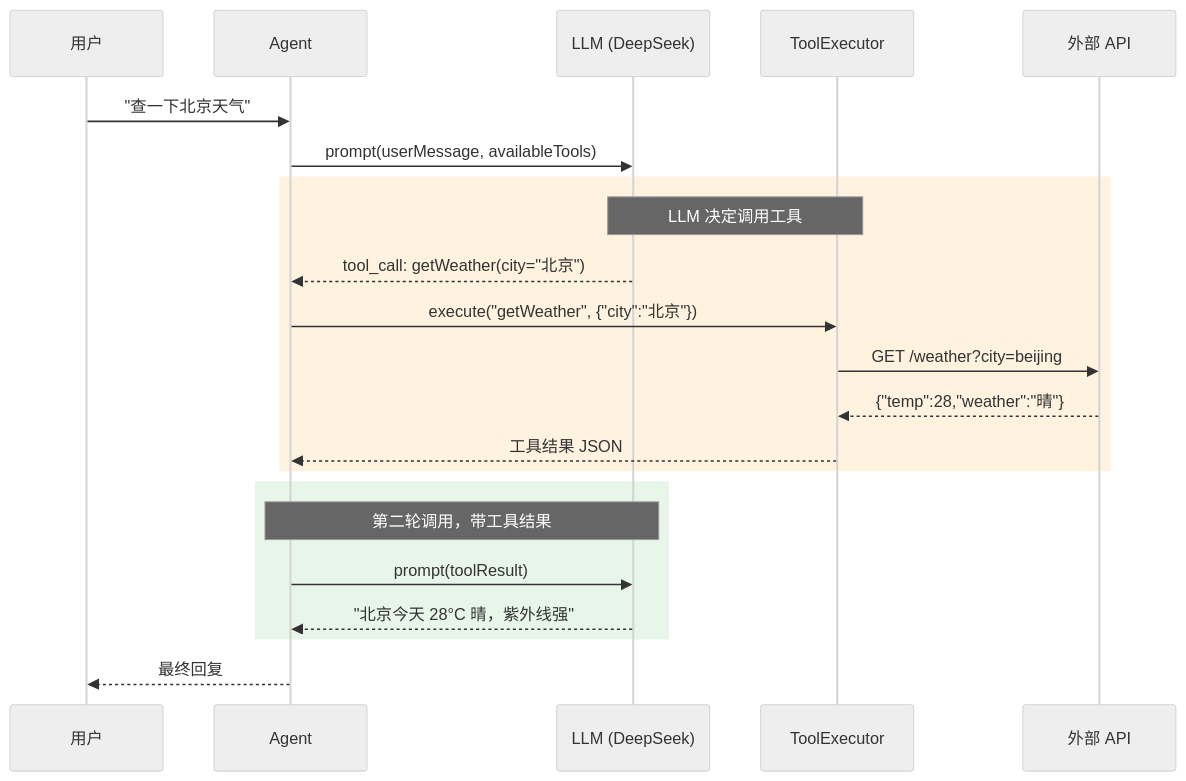
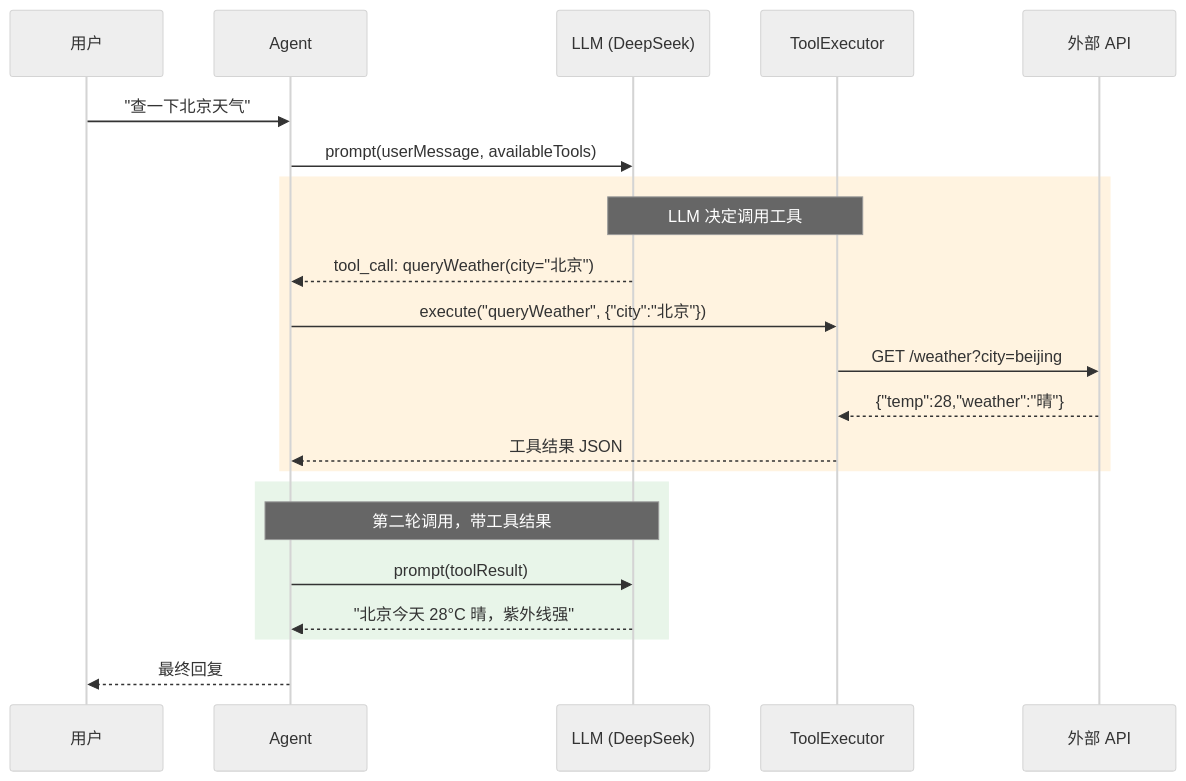
One commit to UranusGit/java-agent-learn changed the first of 6 diagrams in docs/项目/02-多Agent协作平台/02-迭代一-单Agent工具链.md. Above: the diagram before and after it, drawn with Mermaid (neutral theme). The commit also changed other lines of this file and 206 other files, not shown here.

````diff
--- a/docs/项目/02-多Agent协作平台/02-迭代一-单Agent工具链.md
+++ b/docs/项目/02-多Agent协作平台/02-迭代一-单Agent工具链.md
@@ -52,28 +42,28 @@
 ```mermaid
 sequenceDiagram
     participant U as 用户
     participant A as Agent
     participant L as LLM (DeepSeek)
     participant T as ToolExecutor
     participant API as 外部 API
 
     U->>A: "查一下北京天气"
     A->>L: prompt(userMessage, availableTools)
 
     rect rgb(255, 243, 224)
         Note over L,T: LLM 决定调用工具
-        L-->>A: tool_call: getWeather(city="北京")
-        A->>T: execute("getWeather", {"city":"北京"})
+        L-->>A: tool_call: queryWeather(city="北京")
+        A->>T: execute("queryWeather", {"city":"北京"})
         T->>API: GET /weather?city=beijing
         API-->>T: {"temp":28,"weather":"晴"}
         T-->>A: 工具结果 JSON
     end
 
     rect rgb(232, 245, 233)
         Note over A,L: 第二轮调用，带工具结果
         A->>L: prompt(toolResult)
         L-->>A: "北京今天 28°C 晴，紫外线强"
     end
 
     A-->>U: 最终回复
 ```
````
